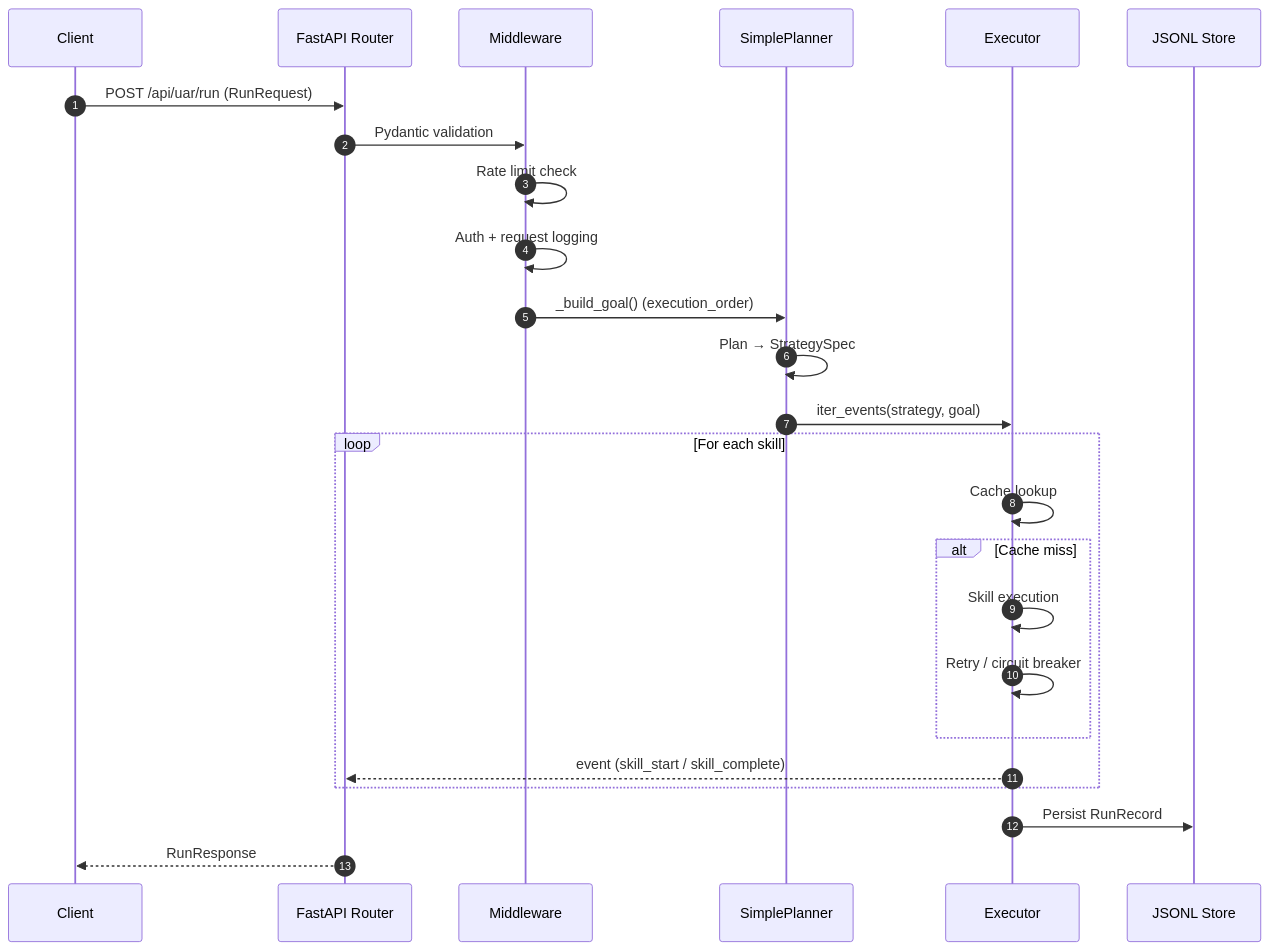
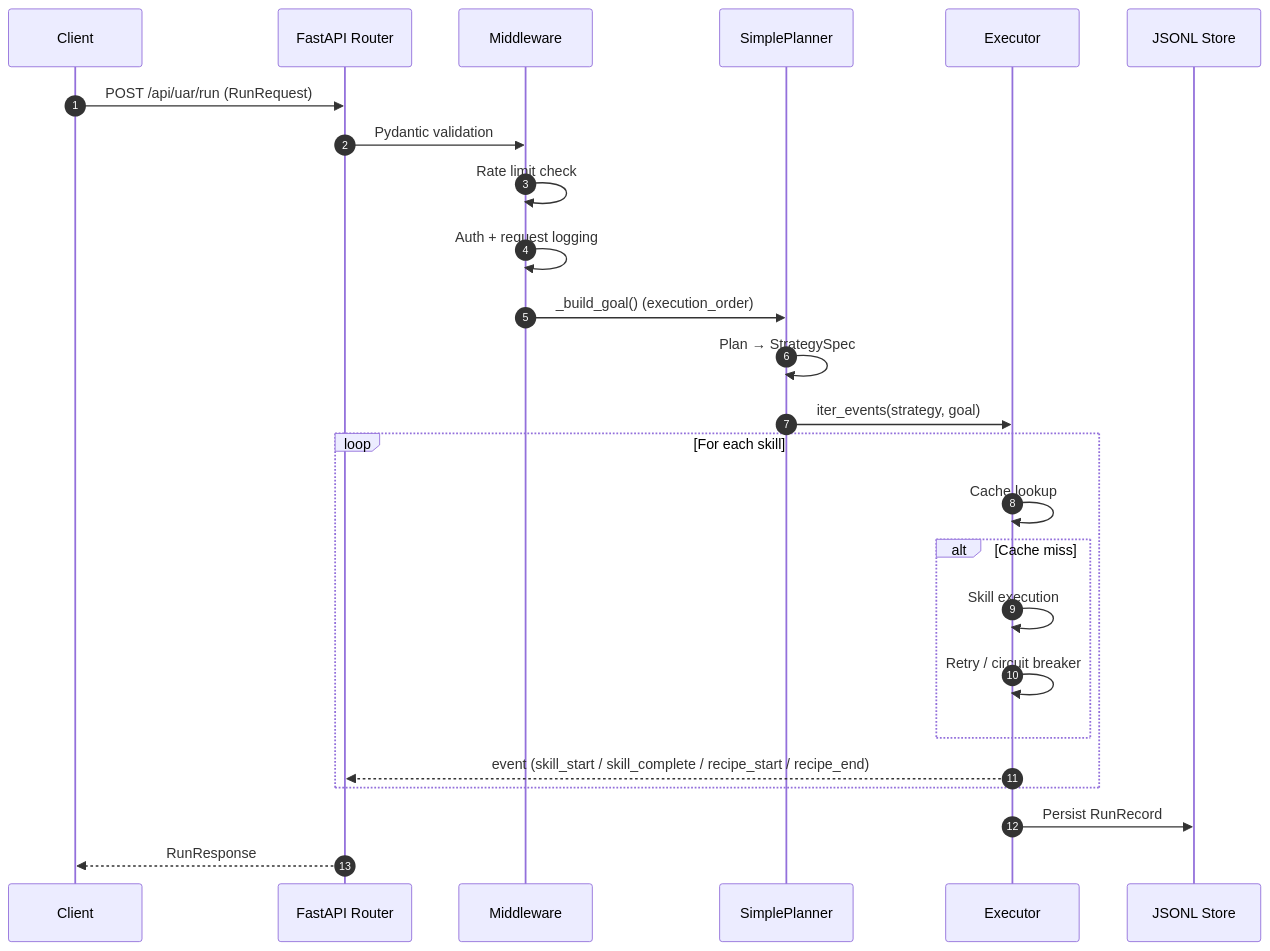
Before and after one commit to JH9384/Universal-Agent-Runtime-UAR-: the diagram in docs/ARCHITECTURE.md, drawn with Mermaid. The commit also changed other lines of this file and 28 other files, not shown here.

````diff
--- a/docs/ARCHITECTURE.md
+++ b/docs/ARCHITECTURE.md
@@ -163,28 +163,28 @@
 ```mermaid
 sequenceDiagram
     autonumber
     participant C as Client
     participant R as FastAPI Router
     participant M as Middleware
     participant P as SimplePlanner
     participant E as Executor
     participant S as JSONL Store
 
     C->>R: POST /api/uar/run (RunRequest)
     R->>M: Pydantic validation
     M->>M: Rate limit check
     M->>M: Auth + request logging
     M->>P: _build_goal() (execution_order)
     P->>P: Plan → StrategySpec
     P->>E: iter_events(strategy, goal)
     loop For each skill
         E->>E: Cache lookup
         alt Cache miss
             E->>E: Skill execution
             E->>E: Retry / circuit breaker
         end
-        E-->>R: event (skill_start / skill_complete)
+        E-->>R: event (skill_start / skill_complete / recipe_start / recipe_end)
     end
     E->>S: Persist RunRecord
     R-->>C: RunResponse
 ```
````
